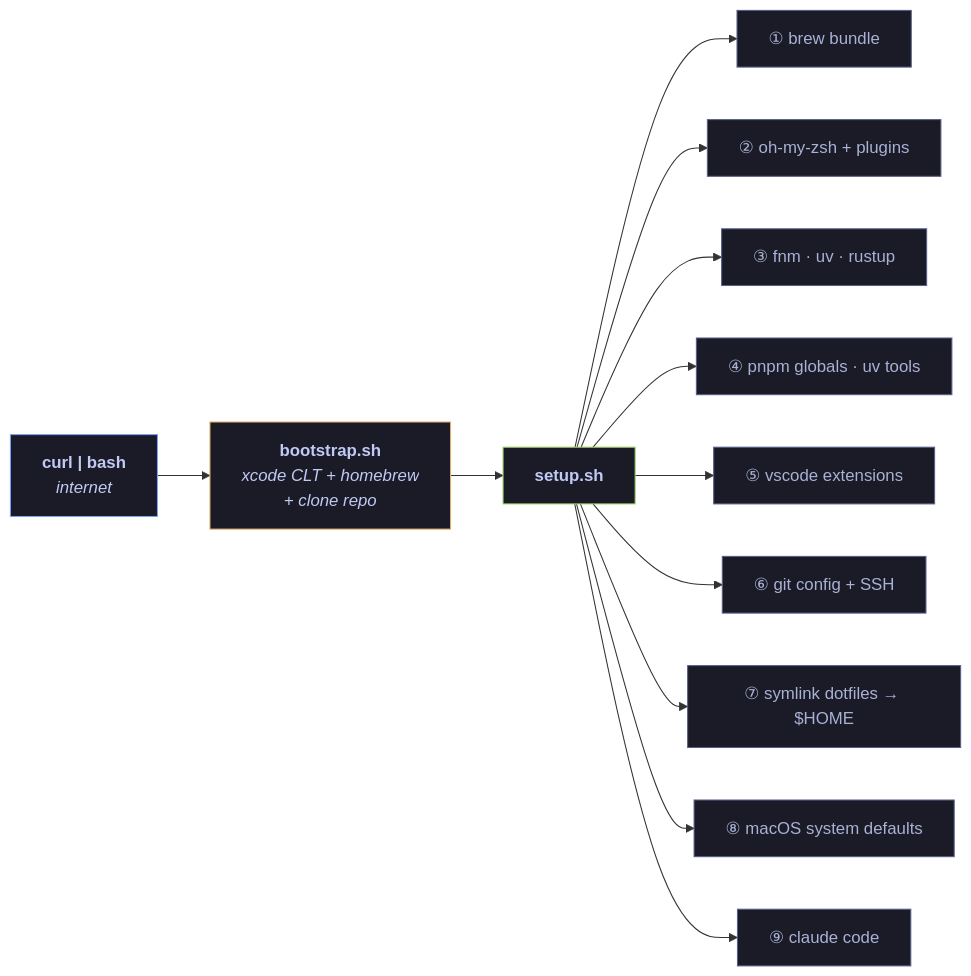
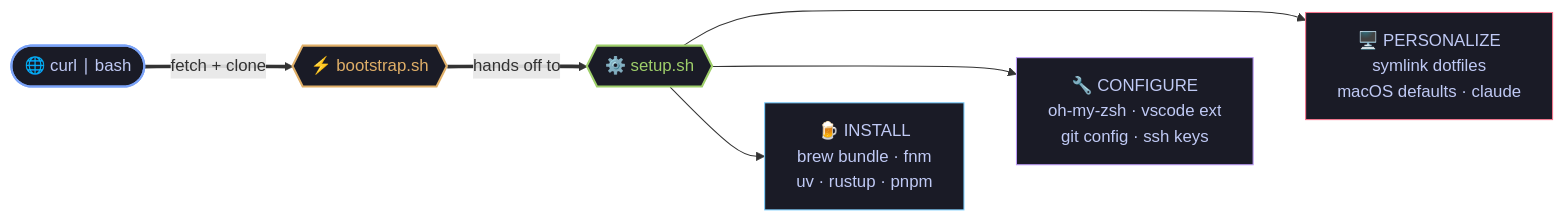
The diagram in README.md (escalonc/dotfiles), drawn with Mermaid before and after one commit. The commit also changed other lines of this file, not shown here.

First line of the commit message:
Compact flow diagram — 3 phases instead of 9 nodes

````diff
--- a/README.md
+++ b/README.md
@@ -174,27 +168,18 @@
 ```mermaid
 graph LR
-    A["<b>curl | bash</b><br><i>internet</i>"] --> B["<b>bootstrap.sh</b><br><i>xcode CLT + homebrew<br>+ clone repo</i>"]
-    B --> C["<b>setup.sh</b>"]
-    C --> D["① brew bundle"]
-    C --> E["② oh-my-zsh + plugins"]
-    C --> F["③ fnm · uv · rustup"]
-    C --> G["④ pnpm globals · uv tools"]
-    C --> H["⑤ vscode extensions"]
-    C --> I["⑥ git config + SSH"]
-    C --> J["⑦ symlink dotfiles → $HOME"]
-    C --> K["⑧ macOS system defaults"]
-    C --> L["⑨ claude code"]
+    A([🌐 curl ∣ bash]) ==>|"fetch + clone"| B{{⚡ bootstrap.sh}}
+    B ==>|"hands off to"| C{{"⚙️ setup.sh"}}
 
-    style A fill:#1a1b26,stroke:#7aa2f7,color:#c0caf5
-    style B fill:#1a1b26,stroke:#e0af68,color:#c0caf5
-    style C fill:#1a1b26,stroke:#9ece6a,color:#c0caf5
-    style D fill:#1a1b26,stroke:#565f89,color:#a9b1d6
-    style E fill:#1a1b26,stroke:#565f89,color:#a9b1d6
-    style F fill:#1a1b26,stroke:#565f89,color:#a9b1d6
-    style G fill:#1a1b26,stroke:#565f89,color:#a9b1d6
-    style H fill:#1a1b26,stroke:#565f89,color:#a9b1d6
-    style I fill:#1a1b26,stroke:#565f89,color:#a9b1d6
-    style J fill:#1a1b26,stroke:#565f89,color:#a9b1d6
-    style K fill:#1a1b26,stroke:#565f89,color:#a9b1d6
-    style L fill:#1a1b26,stroke:#565f89,color:#a9b1d6
+    C --> D["🍺 INSTALL<br>brew bundle · fnm<br>uv · rustup · pnpm"]
+    C --> E["🔧 CONFIGURE<br>oh-my-zsh · vscode ext<br>git config · ssh keys"]
+    C --> F["🖥️ PERSONALIZE<br>symlink dotfiles<br>macOS defaults · claude"]
+
+    D ~~~ E ~~~ F
+
+    style A fill:#1a1b26,stroke:#7aa2f7,color:#c0caf5,stroke-width:2px
+    style B fill:#1a1b26,stroke:#e0af68,color:#e0af68,stroke-width:2px
+    style C fill:#1a1b26,stroke:#9ece6a,color:#9ece6a,stroke-width:2px
+    style D fill:#1a1b26,stroke:#7dcfff,color:#c0caf5
+    style E fill:#1a1b26,stroke:#bb9af7,color:#c0caf5
+    style F fill:#1a1b26,stroke:#f7768e,color:#c0caf5
 ```
````
